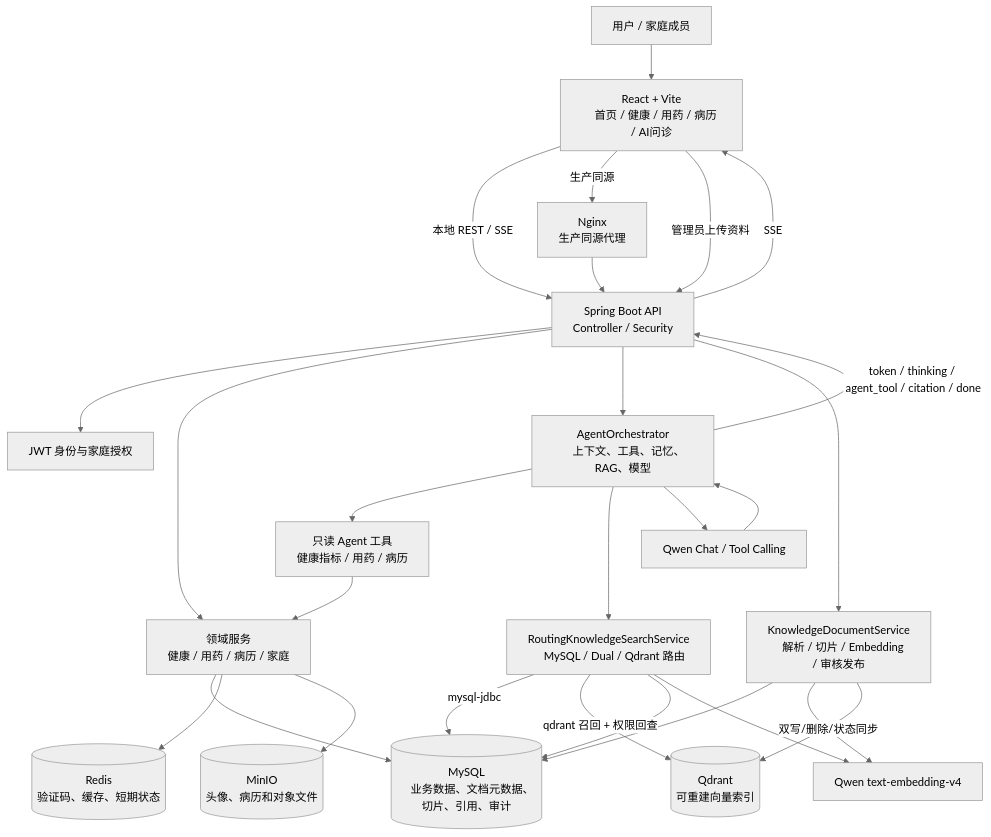
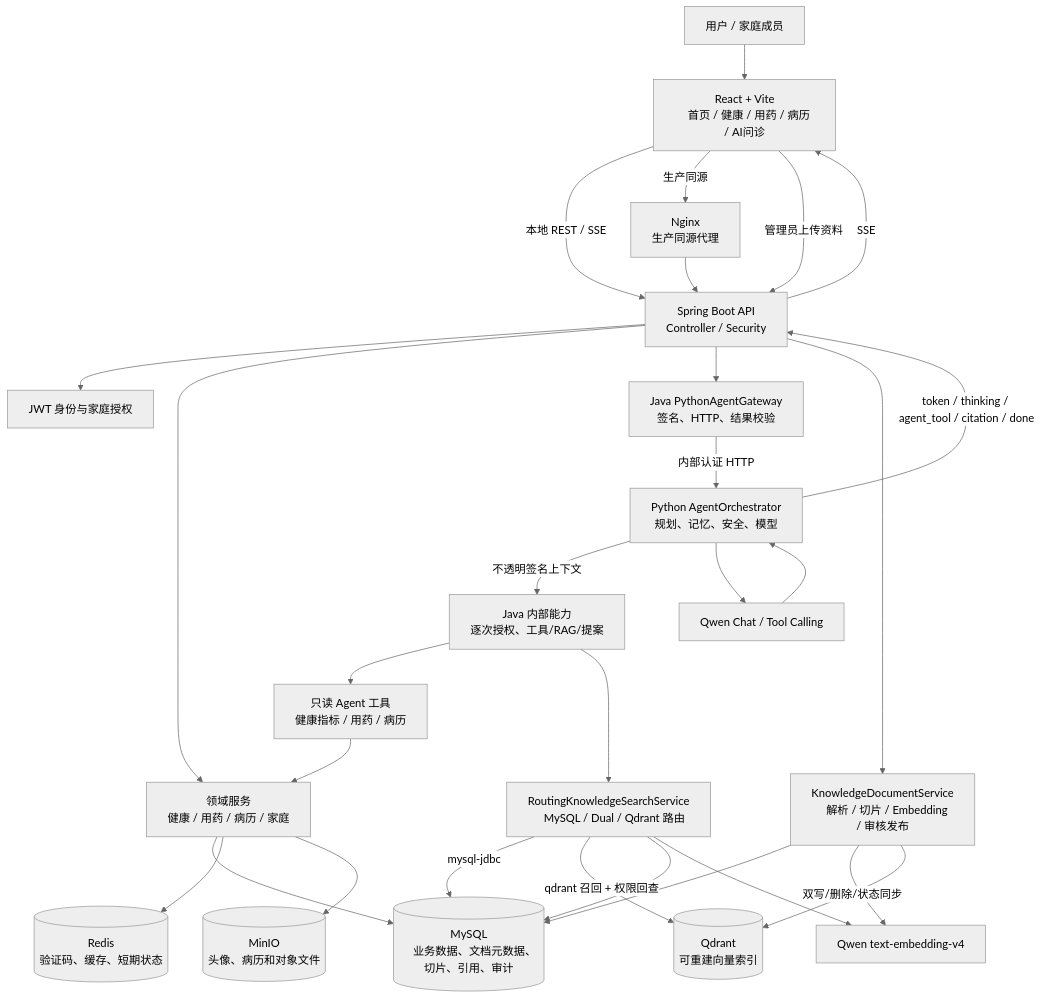
Before and after one commit to Eg0-11/kangban: the first of 2 diagrams in docs/agent-architecture.md, drawn with Mermaid (neutral theme). The commit also changed other lines of this file and 110 other files, not shown here.

Commit message:
feat(agent): publish Kangban Python agent migration

````diff
--- a/docs/agent-architecture.md
+++ b/docs/agent-architecture.md
@@ -5,55 +5,60 @@
 ```mermaid
 flowchart TB
     USER[用户 / 家庭成员]
     WEB[React + Vite
     首页 / 健康 / 用药 / 病历 / AI问诊]
     NGINX[Nginx
     生产同源代理]
     API[Spring Boot API
     Controller / Security]
     AUTH[JWT 身份与家庭授权]
     DOMAIN[领域服务
     健康 / 用药 / 病历 / 家庭]
-    AGENT[AgentOrchestrator
-    上下文、工具、记忆、RAG、模型]
+    GATEWAY[Java PythonAgentGateway
+    签名、HTTP、结果校验]
+    AGENT[Python AgentOrchestrator
+    规划、记忆、安全、模型]
+    CALLBACK[Java 内部能力
+    逐次授权、工具/RAG/提案]
     TOOLS[只读 Agent 工具
     健康指标 / 用药 / 病历]
     RAG[RoutingKnowledgeSearchService
     MySQL / Dual / Qdrant 路由]
     INGEST[KnowledgeDocumentService
     解析 / 切片 / Embedding / 审核发布]
     QWEN_EMB[Qwen text-embedding-v4]
     QWEN_CHAT[Qwen Chat / Tool Calling]
     MYSQL[(MySQL
     业务数据、文档元数据、切片、引用、审计)]
     QDRANT[(Qdrant
     可重建向量索引)]
     REDIS[(Redis
     验证码、缓存、短期状态)]
     MINIO[(MinIO
     头像、病历和对象文件)]
 
     USER --> WEB
     WEB -->|本地 REST / SSE| API
     WEB -->|生产同源| NGINX --> API
     API --> AUTH
     API --> DOMAIN
     DOMAIN --> MYSQL
     DOMAIN --> REDIS
     DOMAIN --> MINIO
-    API --> AGENT
-    AGENT --> TOOLS --> DOMAIN
-    AGENT --> RAG
+    API --> GATEWAY -->|内部认证 HTTP| AGENT
+    AGENT -->|不透明签名上下文| CALLBACK
+    CALLBACK --> TOOLS --> DOMAIN
+    CALLBACK --> RAG
     RAG -->|mysql-jdbc| MYSQL
     RAG -->|qdrant 召回 + 权限回查| QDRANT
     RAG --> MYSQL
     RAG --> QWEN_EMB
     AGENT --> QWEN_CHAT
     QWEN_CHAT --> AGENT
     AGENT -->|token / thinking / agent_tool / citation / done| API
     API -->|SSE| WEB
     WEB -->|管理员上传资料| API
     API --> INGEST --> MYSQL
     INGEST --> QWEN_EMB
     INGEST -->|双写/删除/状态同步| QDRANT
 ```
````
